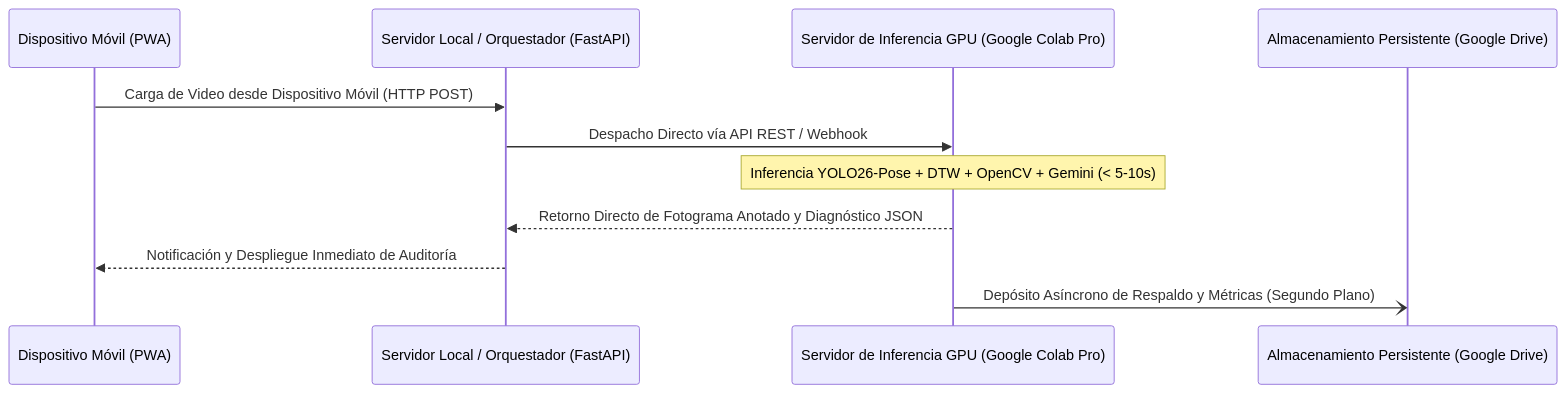
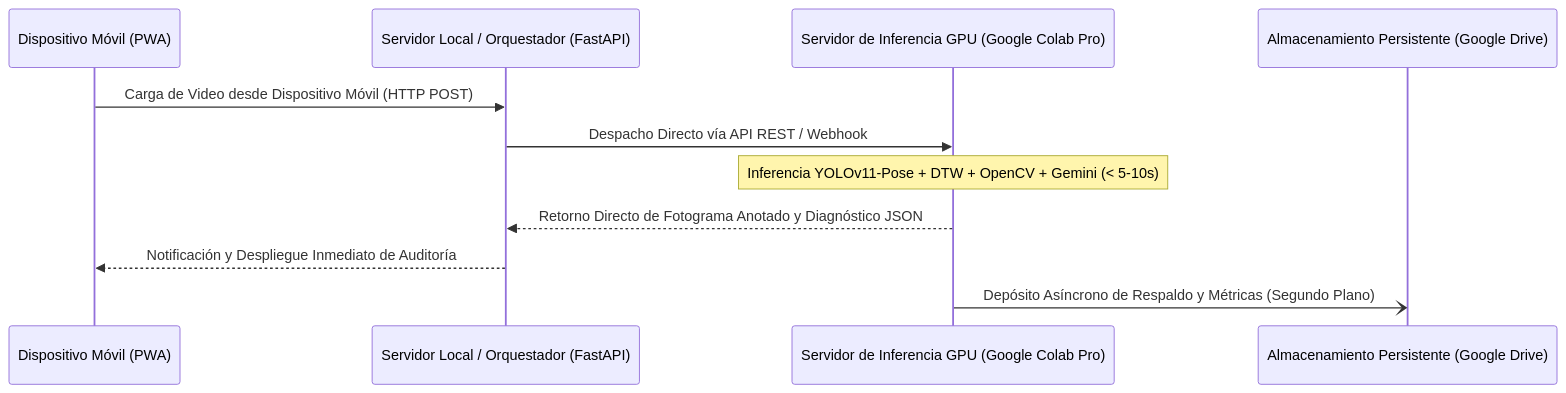
One commit to Tsmrain/JiuJitsu changed the third of 6 diagrams in README.md. Above: the diagram before and after it, drawn with Mermaid. The commit also changed other lines of this file, not shown here.

Commit message:
feat: upgrade pose estimation to 3D monocular reconstruction using YOLOv11-Pose

````diff
--- a/README.md
+++ b/README.md
@@ -228,14 +233,14 @@
 ```mermaid
 sequenceDiagram
     participant App as Dispositivo Móvil (PWA)
     participant Edge as Servidor Local / Orquestador (FastAPI)
     participant Colab as Servidor de Inferencia GPU (Google Colab Pro)
     participant Drive as Almacenamiento Persistente (Google Drive)
 
     App->>Edge: Carga de Video desde Dispositivo Móvil (HTTP POST)
     Edge->>Colab: Despacho Directo vía API REST / Webhook
-    Note over Colab: Inferencia YOLO26-Pose + DTW + OpenCV + Gemini (< 5-10s)
+    Note over Colab: Inferencia YOLOv11-Pose + DTW + OpenCV + Gemini (< 5-10s)
     Colab-->>Edge: Retorno Directo de Fotograma Anotado y Diagnóstico JSON
     Edge-->>App: Notificación y Despliegue Inmediato de Auditoría
     Colab-)Drive: Depósito Asíncrono de Respaldo y Métricas (Segundo Plano)
 ```
````
